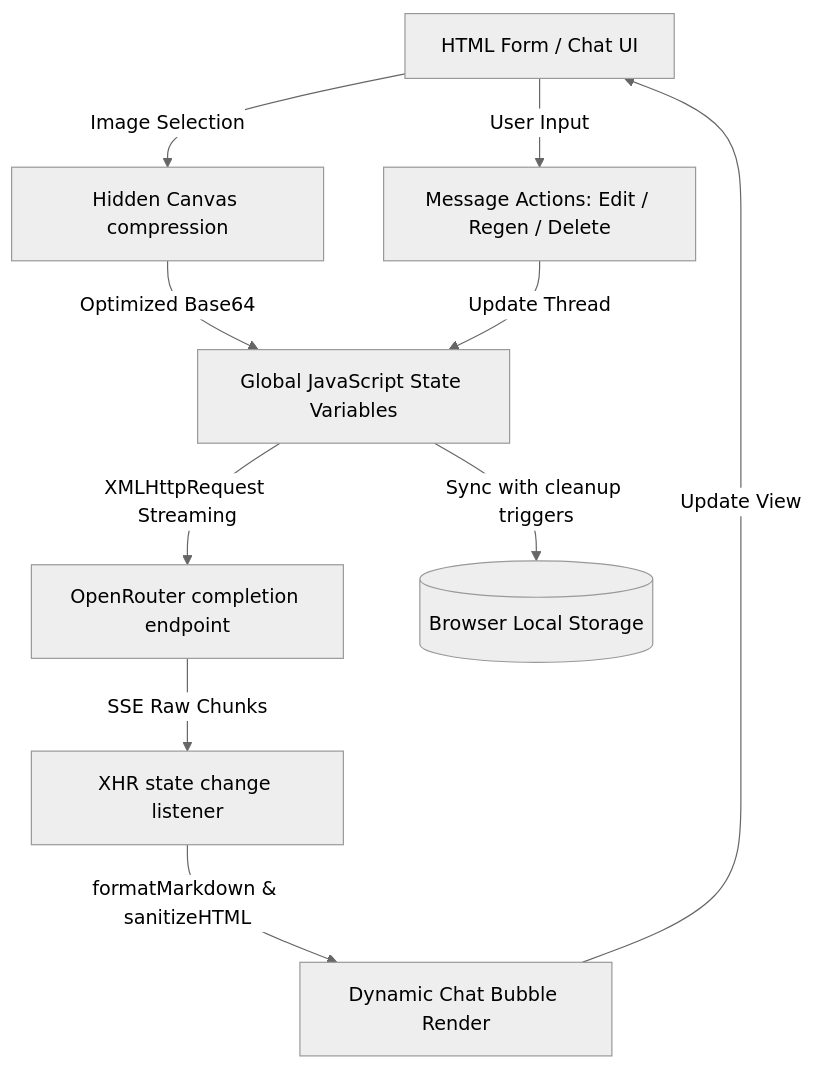
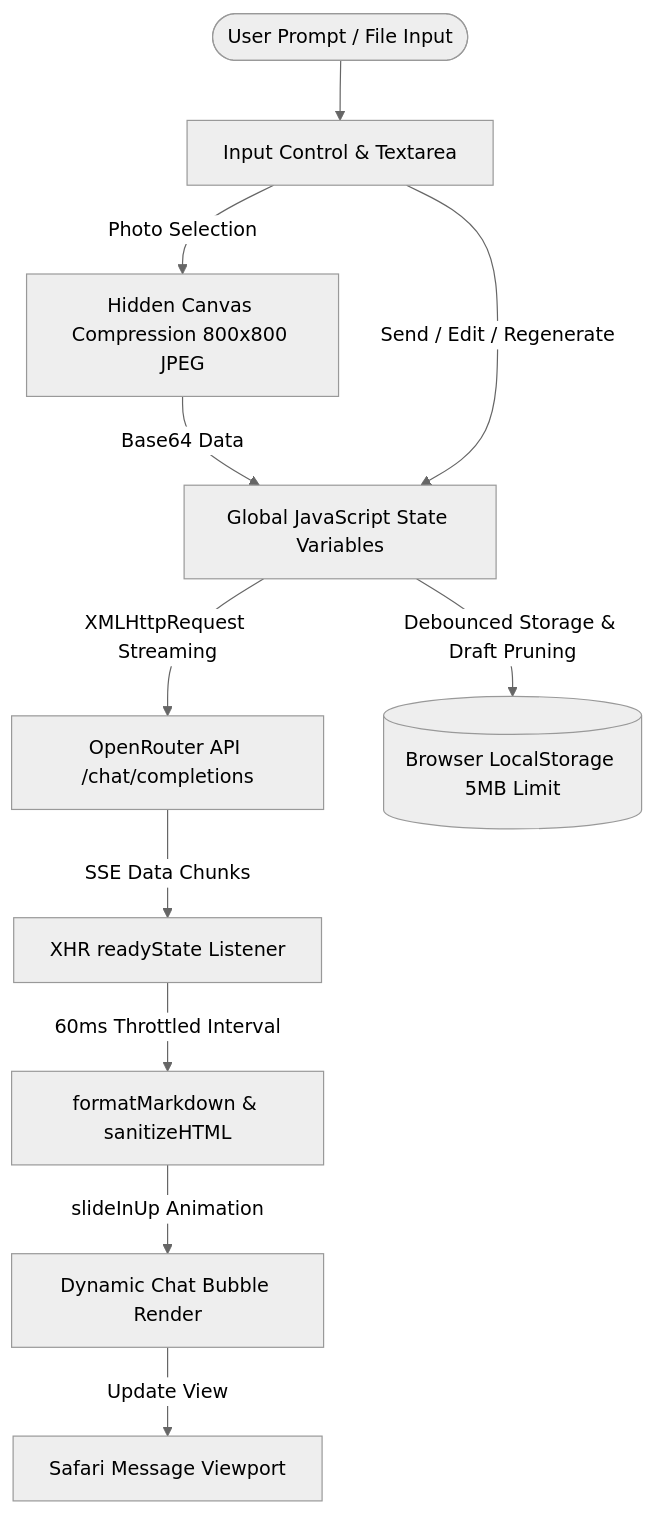
Before and after one commit to gininaba/legacychat: the diagram in README.md, drawn with Mermaid (neutral theme). The commit also changed other lines of this file and 6 other files, not shown here.

Commit message:
docs: update README documentation to include detailed feature highlights, architecture diagrams, and usage guidelines

````diff
--- a/README.md
+++ b/README.md
@@ -72,12 +92,13 @@
 ```mermaid
 flowchart TD
-    UI[HTML Form / Chat UI] -->|User Input| Actions[Message Actions: Edit / Regen / Delete]
-    UI -->|Image Selection| Canvas[Hidden Canvas compression]
-    Canvas -->|Optimized Base64| State[Global JavaScript State Variables]
-    Actions -->|Update Thread| State
-    State -->|XMLHttpRequest Streaming| OR[OpenRouter completion endpoint]
-    OR -->|SSE Raw Chunks| XHR[XHR state change listener]
-    XHR -->|formatMarkdown & sanitizeHTML| Bubble[Dynamic Chat Bubble Render]
-    Bubble -->|Update View| UI
-    State -->|Sync with cleanup triggers| Storage[(Browser Local Storage)]
+    User([User Prompt / File Input]) --> Input[Input Control & Textarea]
+    Input -->|Photo Selection| Canvas[Hidden Canvas Compression 800x800 JPEG]
+    Canvas -->|Base64 Data| State[Global JavaScript State Variables]
+    Input -->|Send / Edit / Regenerate| State
+    State -->|XMLHttpRequest Streaming| OR[OpenRouter API /chat/completions]
+    OR -->|SSE Data Chunks| XHR[XHR readyState Listener]
+    XHR -->|60ms Throttled Interval| Render[formatMarkdown & sanitizeHTML]
+    Render -->|slideInUp Animation| DOM[Dynamic Chat Bubble Render]
+    DOM -->|Update View| Viewport[Safari Message Viewport]
+    State -->|Debounced Storage & Draft Pruning| Storage[(Browser LocalStorage 5MB Limit)]
 ```
````
